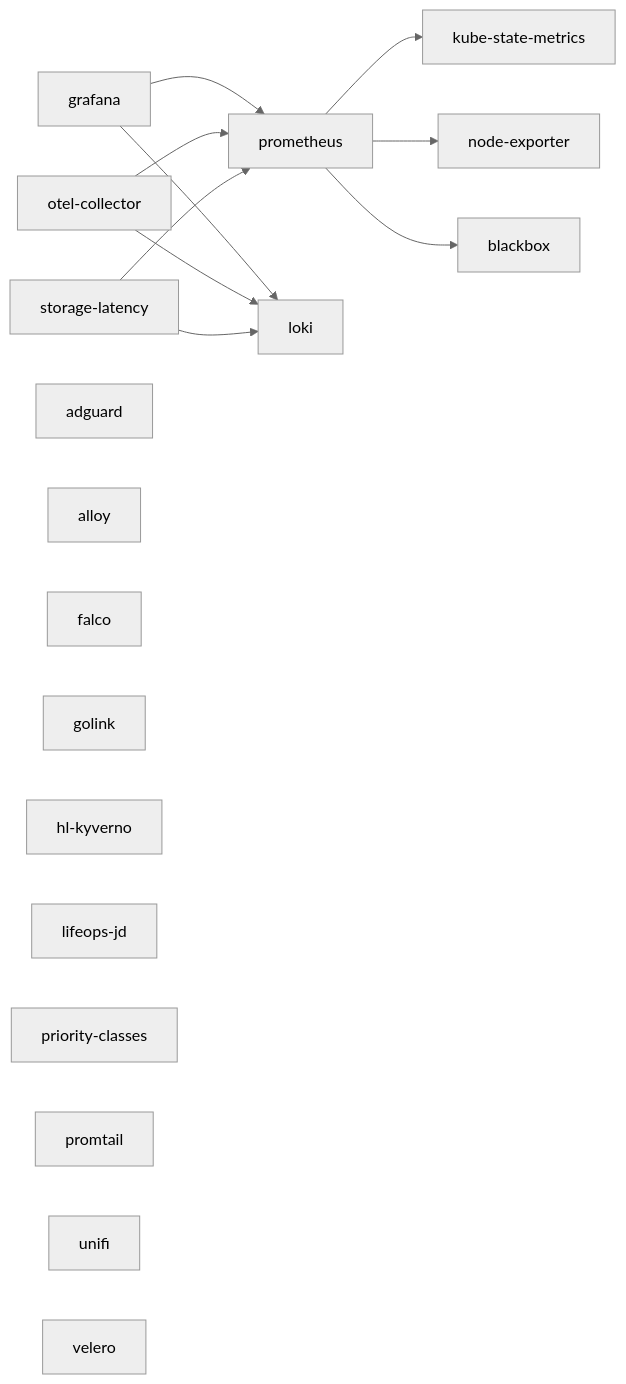
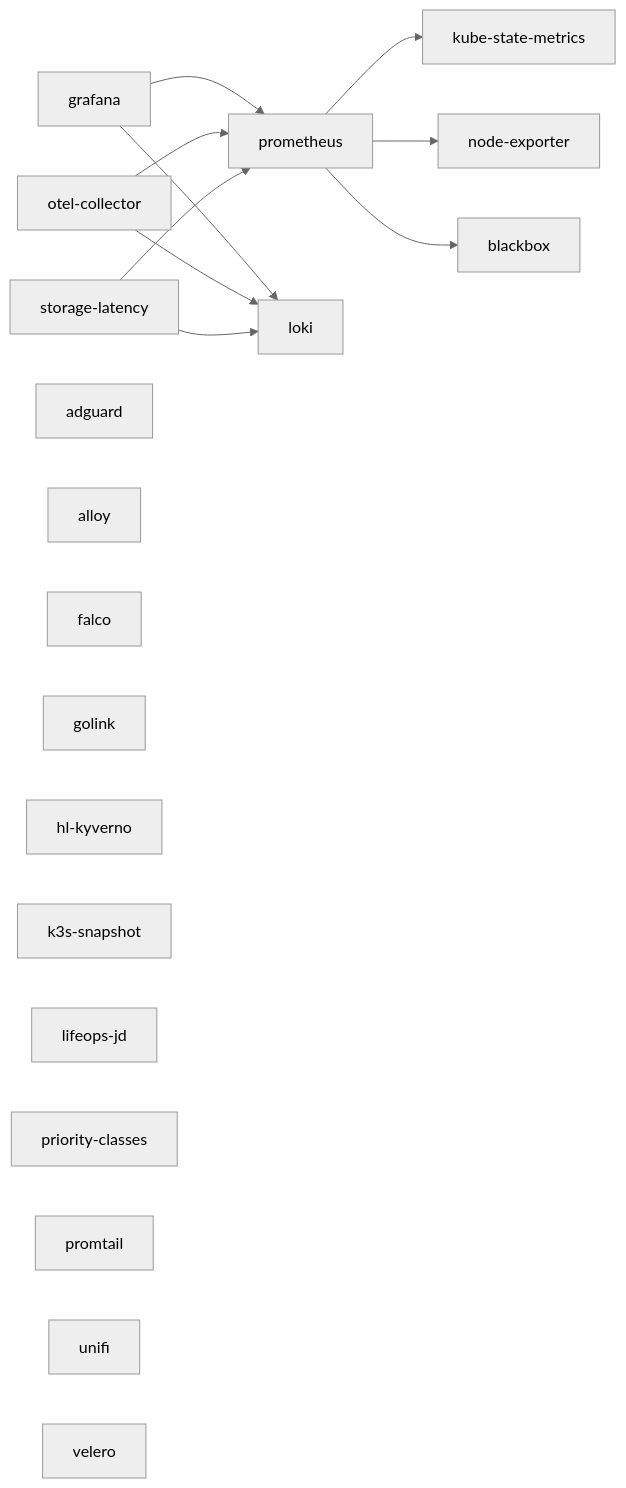
The diagram in docs/services/README.md (ariel-extending851/homelab), drawn with Mermaid (neutral theme) before and after one commit. The commit also changed other lines of this file and 4 other files, not shown here.

````diff
--- a/docs/services/README.md
+++ b/docs/services/README.md
@@ -39,22 +40,23 @@
 ```mermaid
 graph LR
   grafana --> prometheus
   grafana --> loki
   otel-collector --> loki
   otel-collector --> prometheus
   prometheus --> kube-state-metrics
   prometheus --> node-exporter
   prometheus --> blackbox
   storage-latency --> prometheus
   storage-latency --> loki
   adguard
   alloy
   falco
   golink
   hl-kyverno
+  k3s-snapshot
   lifeops-jd
   priority-classes
   promtail
   unifi
   velero
 ```
````
